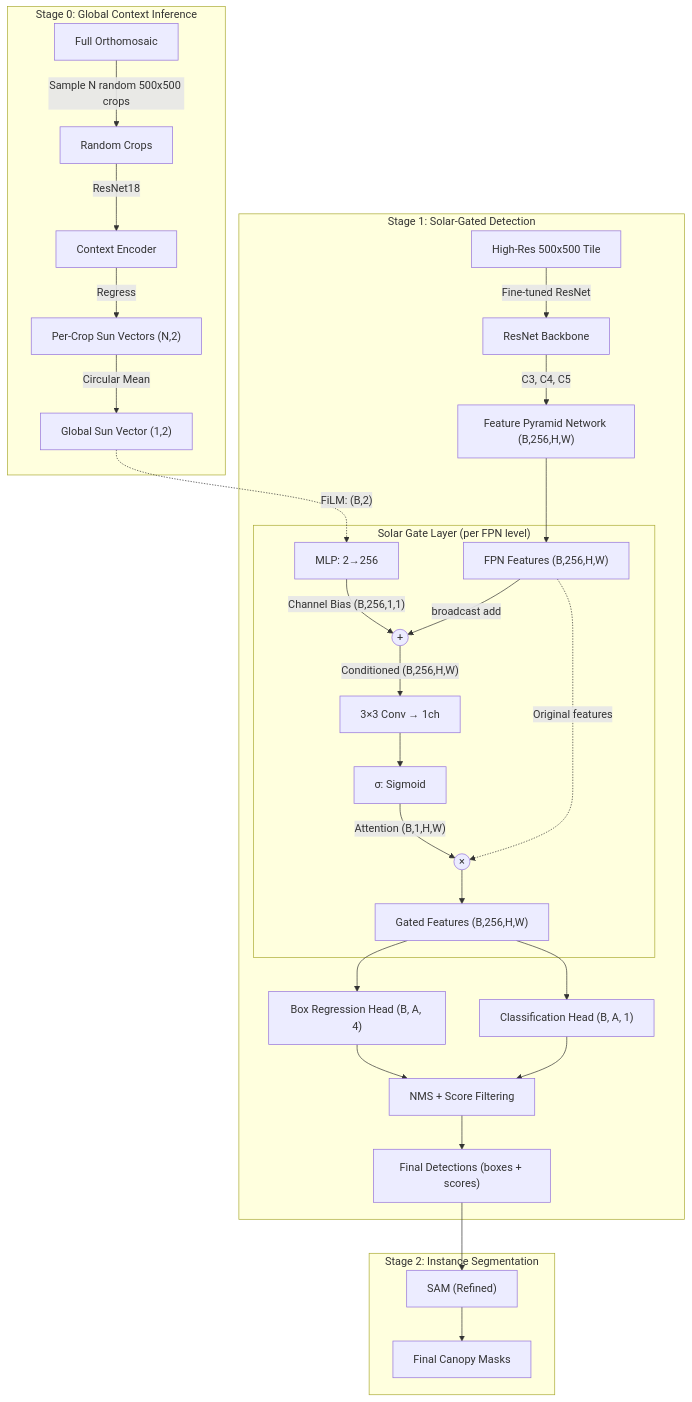
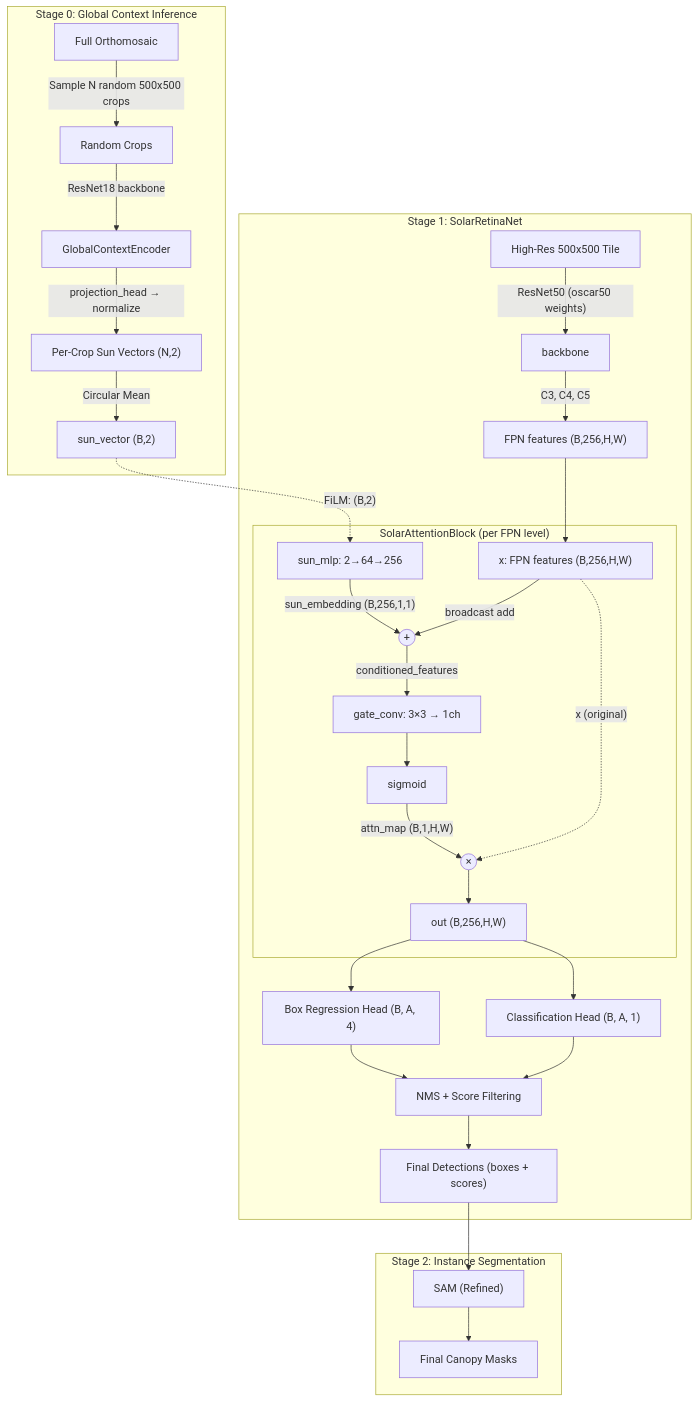
One commit to tomdpitts/CanopyAI changed the diagram in solar_pipeline_architecture.md. Above: the diagram before and after it, drawn with Mermaid. The commit also changed 5 other files, not shown here.

Commit message:
Add updated Modal training scripts for GlobalContext and SolarRetinaNet

````diff
--- a/solar_pipeline_architecture.md
+++ b/solar_pipeline_architecture.md
@@ -3,40 +3,40 @@
 ```mermaid
 graph TD
     subgraph "Stage 0: Global Context Inference"
         Ortho[Full Orthomosaic] -->|"Sample N random 500x500 crops"| Crops[Random Crops]
-        Crops -->|ResNet18| ContextEncoder[Context Encoder]
-        ContextEncoder -->|Regress| Predictions["Per-Crop Sun Vectors (N,2)"]
-        Predictions -->|Circular Mean| SunVec["Global Sun Vector (1,2)"]
+        Crops -->|ResNet18 backbone| GCE["GlobalContextEncoder"]
+        GCE -->|"projection_head → normalize"| Predictions["Per-Crop Sun Vectors (N,2)"]
+        Predictions -->|Circular Mean| SunVec["sun_vector (B,2)"]
     end
 
-    subgraph "Stage 1: Solar-Gated Detection"
-        Tile[High-Res 500x500 Tile] -->|Fine-tuned ResNet| Backbone[ResNet Backbone]
-        Backbone -->|C3, C4, C5| FPN["Feature Pyramid Network (B,256,H,W)"]
+    subgraph "Stage 1: SolarRetinaNet"
+        Tile[High-Res 500x500 Tile] -->|"ResNet50 (oscar50 weights)"| Backbone[backbone]
+        Backbone -->|C3, C4, C5| FPN["FPN features (B,256,H,W)"]
         
-        subgraph SolarGate["Solar Gate Layer (per FPN level)"]
-            SunVec -.->|"FiLM: (B,2)"| MLP["MLP: 2→256"]
-            MLP -->|"Channel Bias (B,256,1,1)"| Add(("+"))
-            FPNIn["FPN Features (B,256,H,W)"] -->|"broadcast add"| Add
-            Add -->|"Conditioned (B,256,H,W)"| Conv3x3["3×3 Conv → 1ch"]
-            Conv3x3 --> Sigmoid["σ: Sigmoid"]
-            Sigmoid -->|"Attention (B,1,H,W)"| Gate(("×"))
-            FPNIn -.->|"Original features"| Gate
-            Gate --> GatedOut["Gated Features (B,256,H,W)"]
+        subgraph SolarGate["SolarAttentionBlock (per FPN level)"]
+            SunVec -.->|"FiLM: (B,2)"| MLP["sun_mlp: 2→64→256"]
+            MLP -->|"sun_embedding (B,256,1,1)"| Add(("+"))
+            FPNIn["x: FPN features (B,256,H,W)"] -->|"broadcast add"| Add
+            Add -->|"conditioned_features"| Conv3x3["gate_conv: 3×3 → 1ch"]
+            Conv3x3 --> Sigmoid["sigmoid"]
+            Sigmoid -->|"attn_map (B,1,H,W)"| Gate(("×"))
+            FPNIn -.->|"x (original)"| Gate
+            Gate --> GatedOut["out (B,256,H,W)"]
         end
         
         FPN --> FPNIn
         GatedOut --> BoxHead["Box Regression Head (B, A, 4)"]
         GatedOut --> ClassHead["Classification Head (B, A, 1)"]
         
         BoxHead --> NMS["NMS + Score Filtering"]
         ClassHead --> NMS
         NMS --> Detections["Final Detections (boxes + scores)"]
     end
 
     subgraph "Stage 2: Instance Segmentation"
         Detections --> SAM["SAM (Refined)"]
         SAM --> Masks[Final Canopy Masks]
     end
 
 
 ```
````
